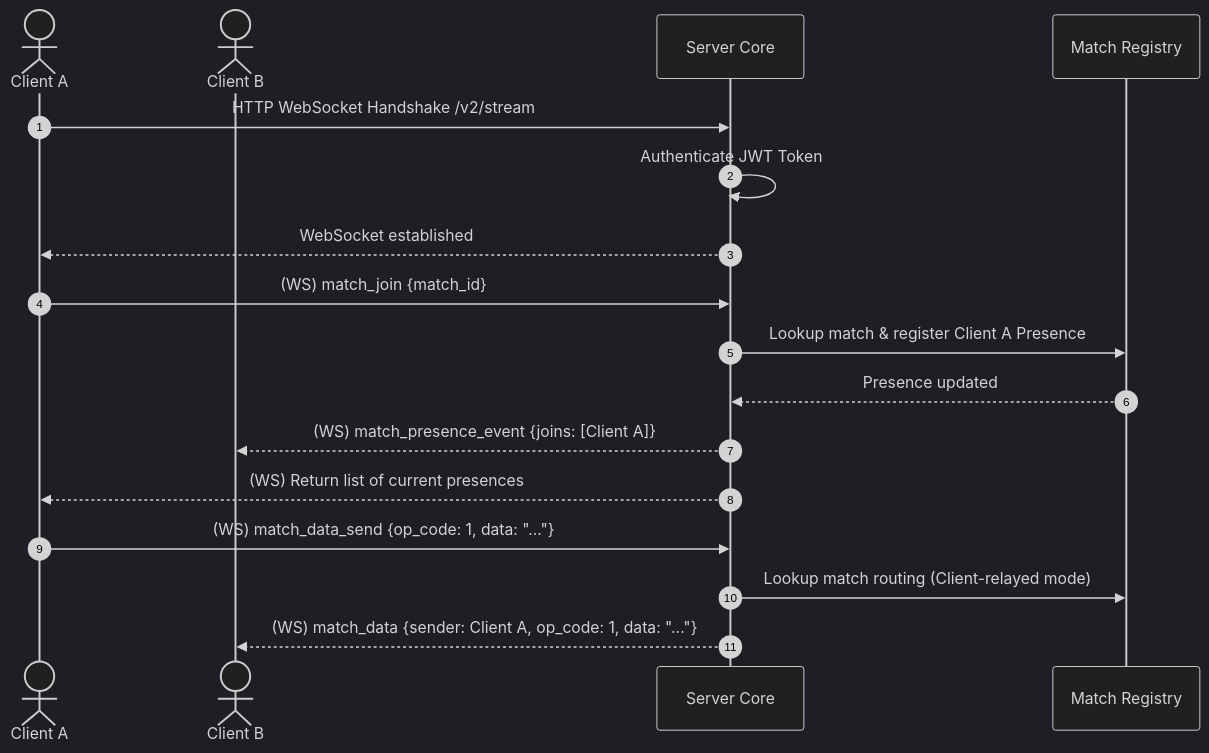
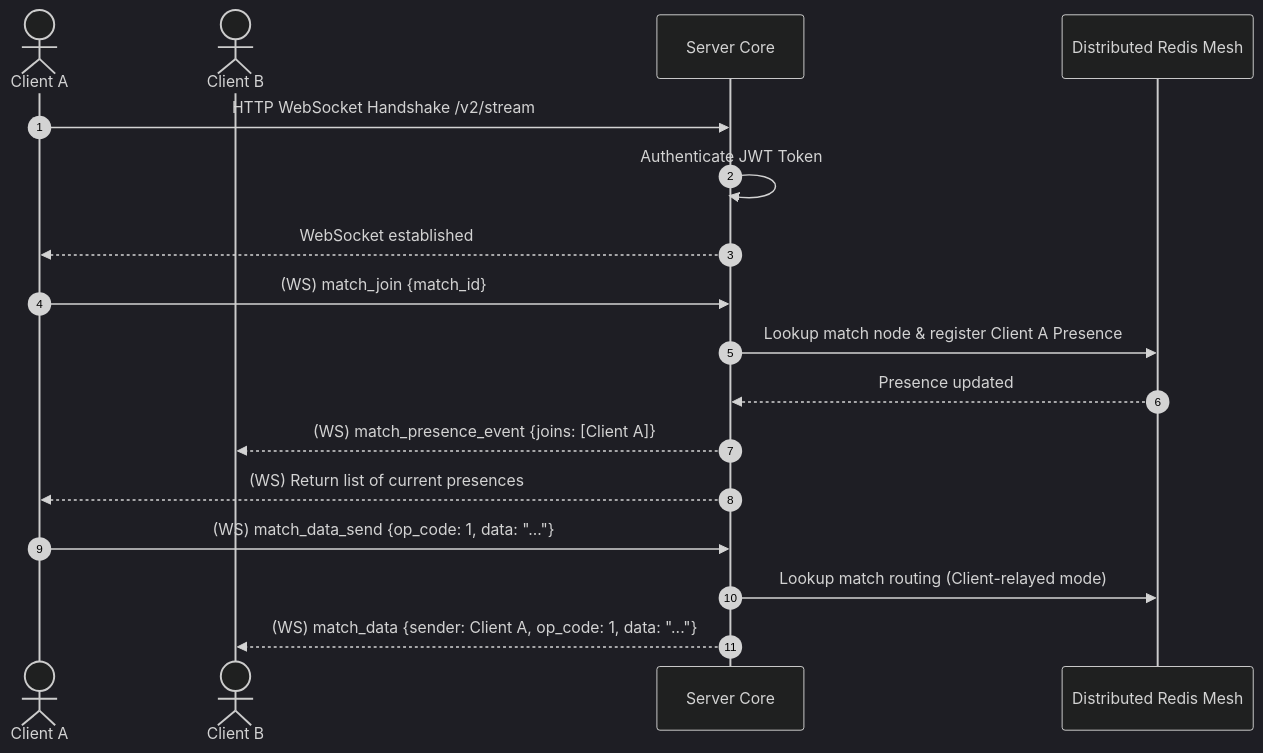
The diagram in TDD/03_realtime_multiplayer.md (BornToBuildGame/documents), drawn with Mermaid (dark theme) before and after one commit. The commit also changed other lines of this file and 27 other files, not shown here.

````diff
--- a/TDD/03_realtime_multiplayer.md
+++ b/TDD/03_realtime_multiplayer.md
@@ -27,22 +27,22 @@
 ```mermaid
 sequenceDiagram
     autonumber
     actor Client A
     actor Client B
     participant Server as Server Core
-    participant Registry as Match Registry
+    participant Registry as Distributed Redis Mesh
 
     Client A->>Server: HTTP WebSocket Handshake /v2/stream
     Server->>Server: Authenticate JWT Token
     Server-->>Client A: WebSocket established
     
     Client A->>Server: (WS) match_join {match_id}
-    Server->>Registry: Lookup match & register Client A Presence
+    Server->>Registry: Lookup match node & register Client A Presence
     Registry-->>Server: Presence updated
     Server-->>Client B: (WS) match_presence_event {joins: [Client A]}
     Server-->>Client A: (WS) Return list of current presences
     
     Client A->>Server: (WS) match_data_send {op_code: 1, data: "..."}
     Server->>Registry: Lookup match routing (Client-relayed mode)
     Server-->>Client B: (WS) match_data {sender: Client A, op_code: 1, data: "..."}
 ```
````
